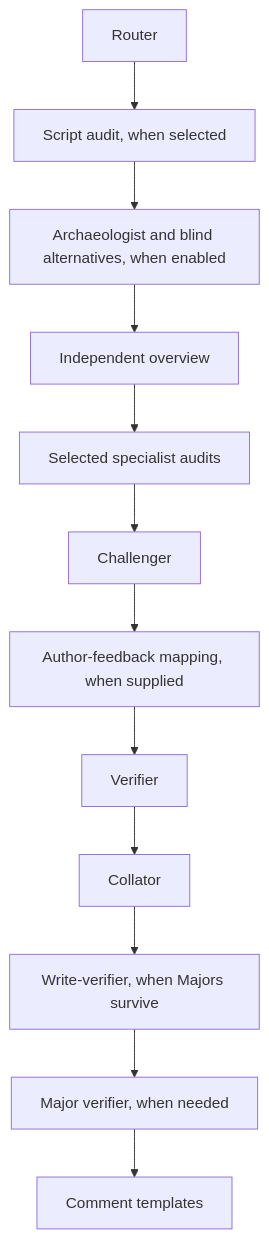
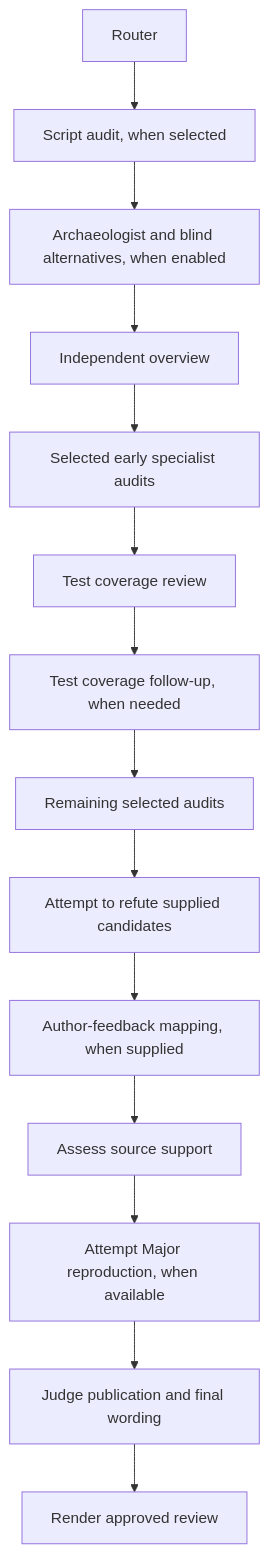
The diagram in pkgs/ralph/agents/README.md (willcl-ark/nix), drawn with Mermaid before and after one commit. The commit also changed other lines of this file and 35 other files, not shown here.

````diff
--- a/pkgs/ralph/agents/README.md
+++ b/pkgs/ralph/agents/README.md
@@ -8,14 +9,16 @@
 ```mermaid
 flowchart TD
     router[Router] --> script[Script audit, when selected]
     script --> history[Archaeologist and blind alternatives, when enabled]
     history --> independent[Independent overview]
-    independent --> audits[Selected specialist audits]
-    audits --> challenger[Challenger]
+    independent --> audits[Selected early specialist audits]
+    audits --> tests[Test coverage review]
+    tests --> followup[Test coverage follow-up, when needed]
+    followup --> remaining[Remaining selected audits]
+    remaining --> challenger[Attempt to refute supplied candidates]
     challenger --> feedback[Author-feedback mapping, when supplied]
-    feedback --> verifier[Verifier]
-    verifier --> collator[Collator]
-    collator --> write[Write-verifier, when Majors survive]
-    write --> major[Major verifier, when needed]
-    major --> comment[Comment templates]
+    feedback --> verifier[Assess source support]
+    verifier --> write[Attempt Major reproduction, when available]
+    write --> judge[Judge publication and final wording]
+    judge --> render[Render approved review]
 ```
````
